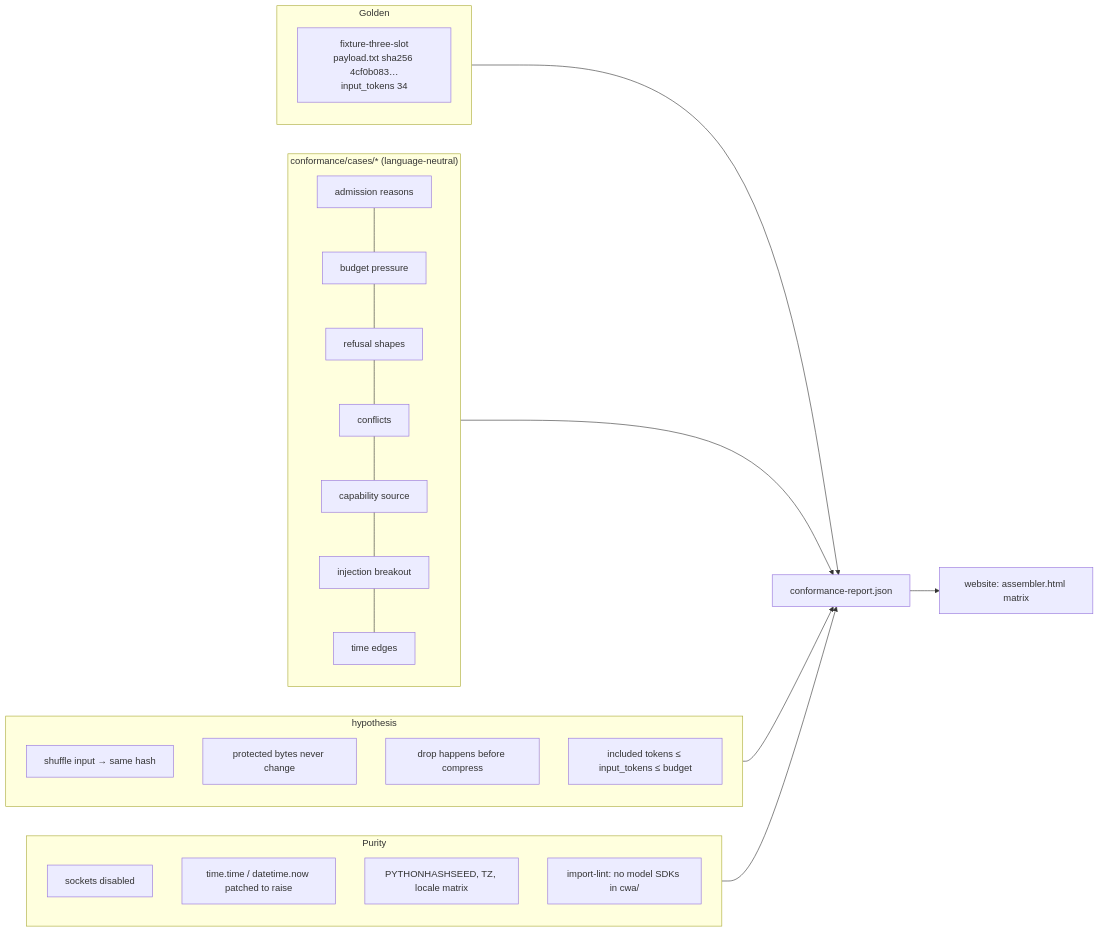
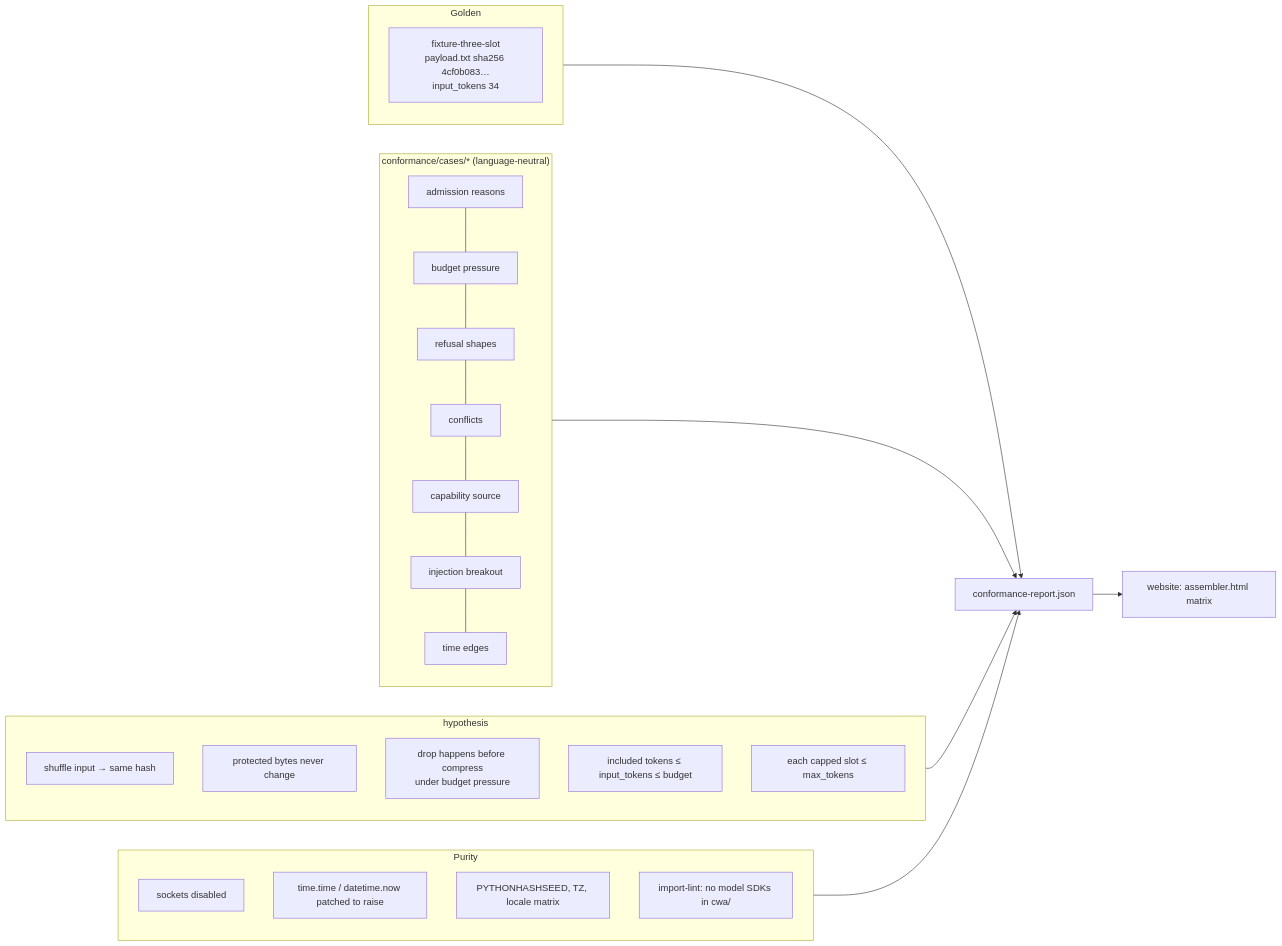
One commit to contextwindowarchitecture/assembler-python changed the tenth of 16 diagrams in docs/DESIGN.md. Above: the diagram before and after it, drawn with Mermaid. The commit also changed other lines of this file and 9 other files, not shown here.

First line of the commit message:
feat(fitting): enforce the route's per-slot max_tokens caps

````diff
--- a/docs/DESIGN.md
+++ b/docs/DESIGN.md
@@ -510,26 +513,27 @@
 ```mermaid
 flowchart LR
   subgraph Golden
     G1["fixture-three-slot<br/>payload.txt sha256 4cf0b083…<br/>input_tokens 34"]
   end
   subgraph Conformance["conformance/cases/* (language-neutral)"]
     C1[admission reasons] --- C2[budget pressure] --- C3[refusal shapes] --- C4[conflicts] --- C5[capability source] --- C6[injection breakout] --- C7[time edges]
   end
   subgraph Property["hypothesis"]
     P1[shuffle input → same hash]
     P2[protected bytes never change]
-    P3[drop happens before compress]
+    P3[drop happens before compress<br/>under budget pressure]
     P4[included tokens ≤ input_tokens ≤ budget]
+    P5[each capped slot ≤ max_tokens]
   end
   subgraph Purity
     U1[sockets disabled]
     U2[time.time / datetime.now patched to raise]
     U3[PYTHONHASHSEED, TZ, locale matrix]
     U4[import-lint: no model SDKs in cwa/]
   end
   Golden --> R[conformance-report.json] 
   Conformance --> R
   Property --> R
   Purity --> R
   R --> W["website: assembler.html matrix"]
 ```
````
